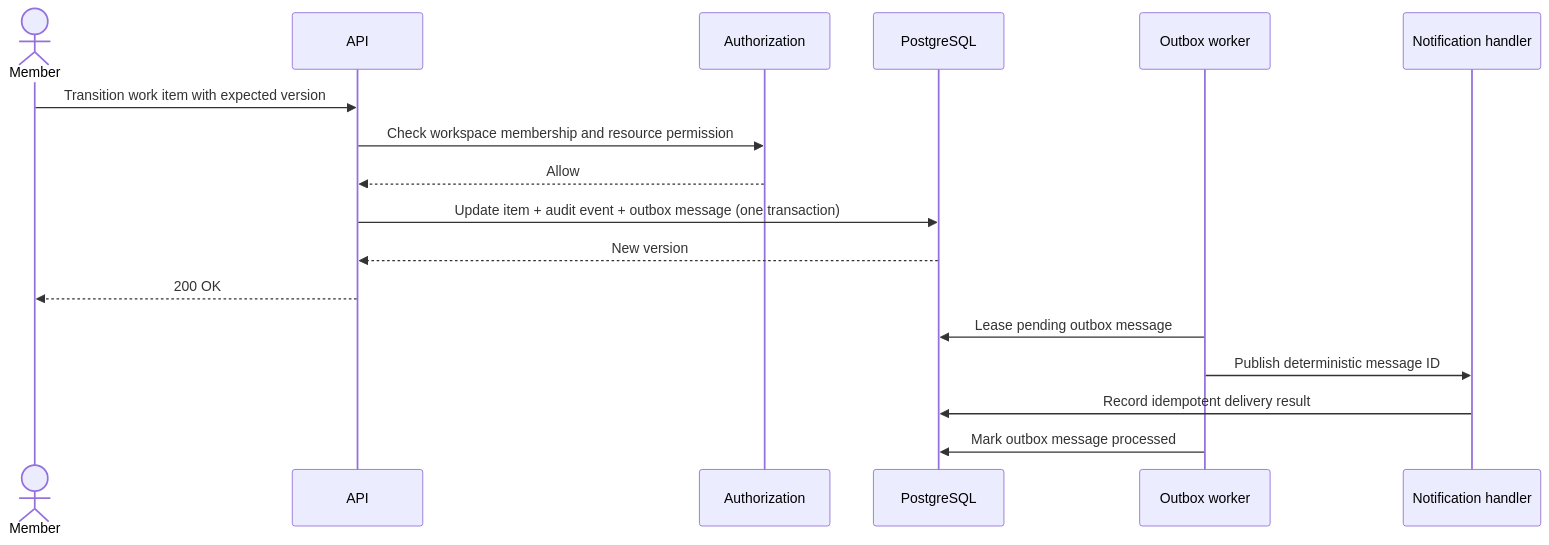
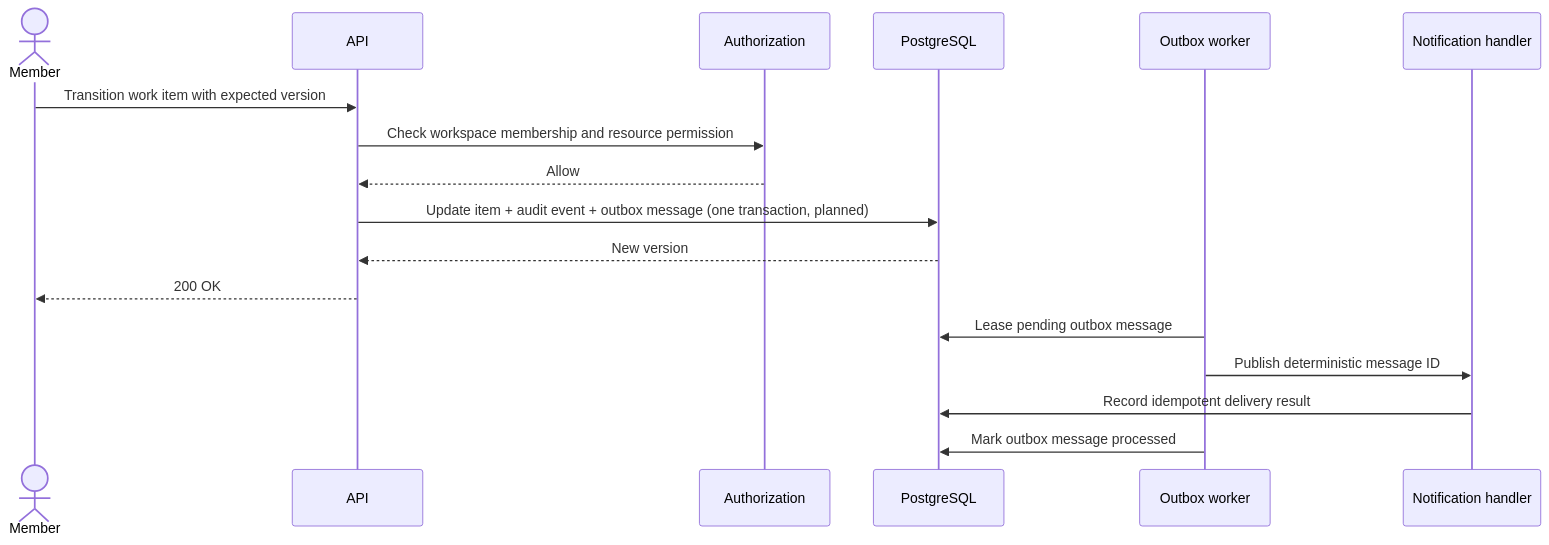
Before and after one commit to adnanjalloh/WorkOps.Platform: the fourth of 4 diagrams in docs/architecture.md, drawn with Mermaid. The commit also changed other lines of this file and 6 other files, not shown here.

Commit message:
Document work item flow

````diff
--- a/docs/architecture.md
+++ b/docs/architecture.md
@@ -63,20 +90,20 @@
 ```mermaid
 sequenceDiagram
     actor Member
     participant API
     participant AuthZ as Authorization
     participant DB as PostgreSQL
     participant Worker as Outbox worker
     participant Notify as Notification handler
 
     Member->>API: Transition work item with expected version
     API->>AuthZ: Check workspace membership and resource permission
     AuthZ-->>API: Allow
-    API->>DB: Update item + audit event + outbox message (one transaction)
+    API->>DB: Update item + audit event + outbox message (one transaction, planned)
     DB-->>API: New version
     API-->>Member: 200 OK
     Worker->>DB: Lease pending outbox message
     Worker->>Notify: Publish deterministic message ID
     Notify->>DB: Record idempotent delivery result
     Worker->>DB: Mark outbox message processed
 ```
````
